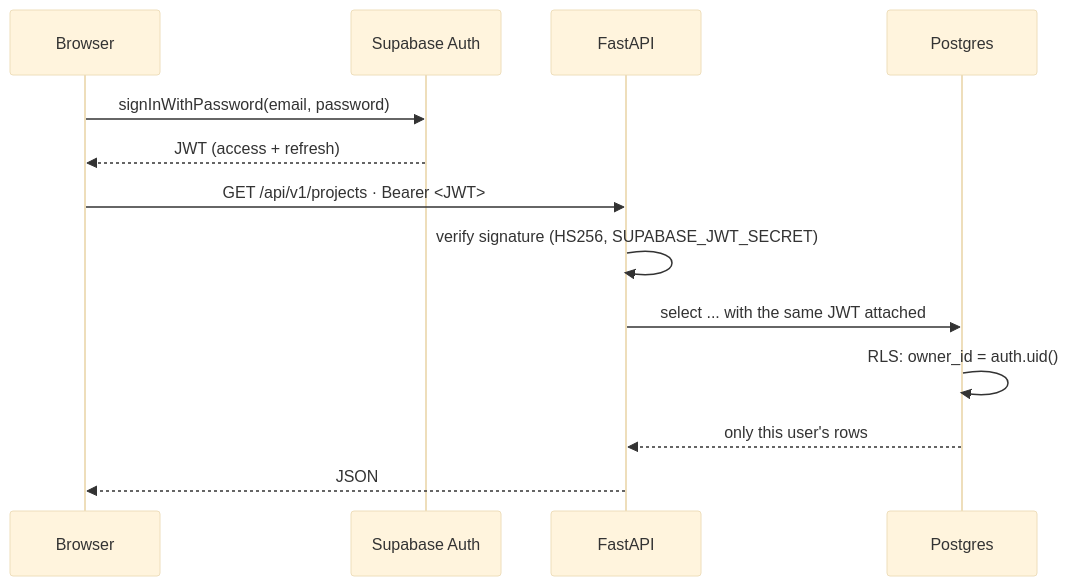
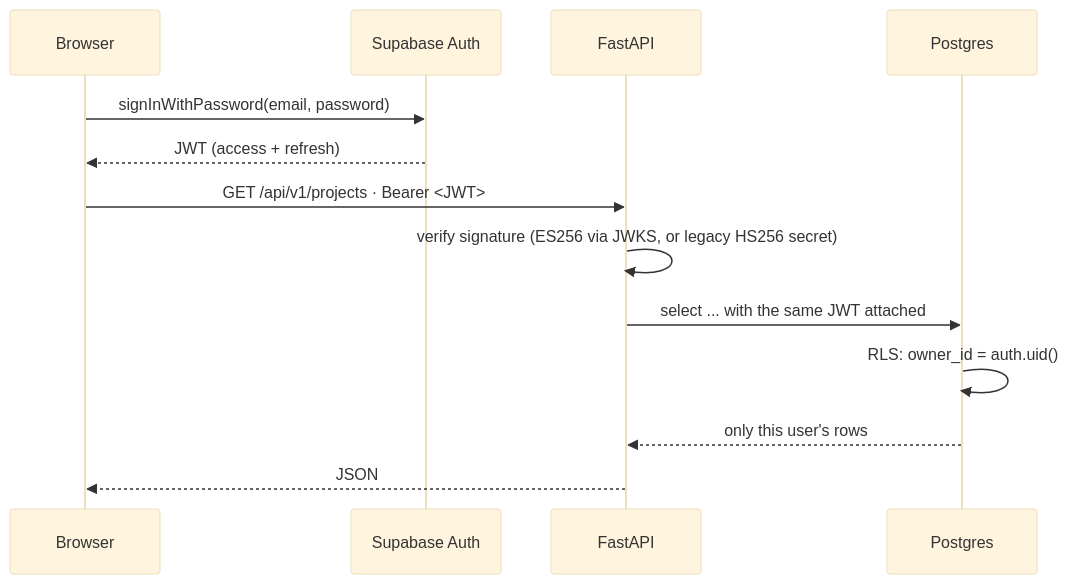
Before and after one commit to Syed-Huzaifa-Nazim/OSAI: the diagram in docs/security.md, drawn with Mermaid (base theme). The commit also changed other lines of this file, not shown here.

````diff
--- a/docs/security.md
+++ b/docs/security.md
@@ -15,16 +15,16 @@
 ```mermaid
 sequenceDiagram
     participant B as Browser
     participant S as Supabase Auth
     participant A as FastAPI
     participant P as Postgres
 
     B->>S: signInWithPassword(email, password)
     S-->>B: JWT (access + refresh)
     B->>A: GET /api/v1/projects  ·  Bearer <JWT>
-    A->>A: verify signature (HS256, SUPABASE_JWT_SECRET)
+    A->>A: verify signature (ES256 via JWKS, or legacy HS256 secret)
     A->>P: select ... with the same JWT attached
     P->>P: RLS: owner_id = auth.uid()
     P-->>A: only this user's rows
     A-->>B: JSON
 ```
````
